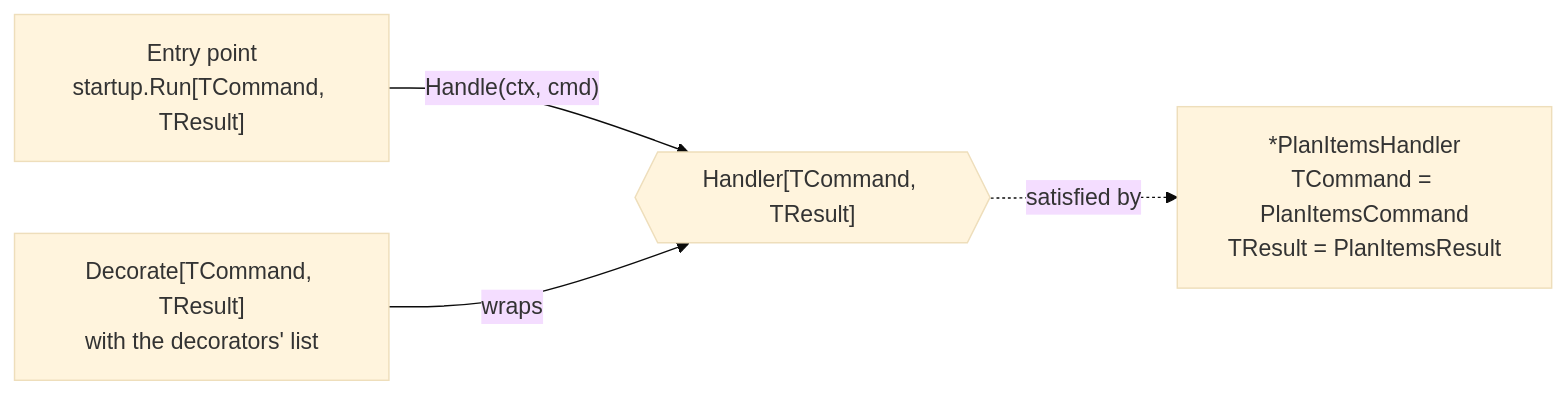
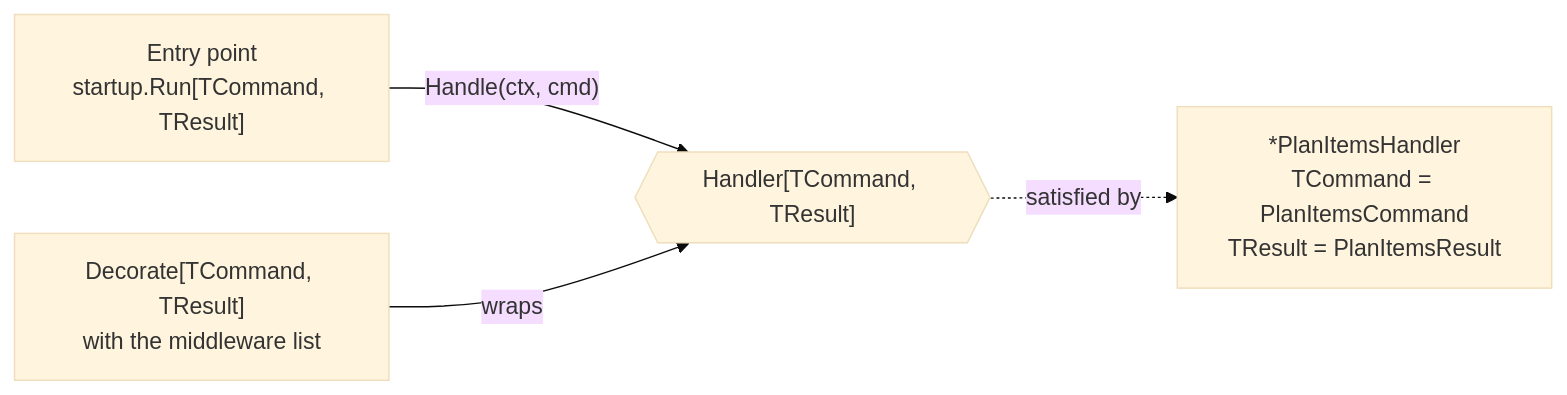
One commit to InsonusK/ai-skills changed the diagram in library/architecture/go/base-plateau-in-go.skill/glossary/handler-contract.md. Above: the diagram before and after it, drawn with Mermaid (base theme). The commit also changed other lines of this file and 16 other files, not shown here.

````diff
--- a/library/architecture/go/base-plateau-in-go.skill/glossary/handler-contract.md
+++ b/library/architecture/go/base-plateau-in-go.skill/glossary/handler-contract.md
@@ -25,6 +25,6 @@
 ```mermaid
 flowchart LR
     E["Entry point<br/>startup.Run[TCommand, TResult]"] -->|"Handle(ctx, cmd)"| H{{"Handler[TCommand, TResult]"}}
-    D["Decorate[TCommand, TResult]<br/>with the decorators' list"] -->|wraps| H
+    D["Decorate[TCommand, TResult]<br/>with the middleware list"] -->|wraps| H
     H -. satisfied by .-> P["*PlanItemsHandler<br/>TCommand = PlanItemsCommand<br/>TResult = PlanItemsResult"]
 ```
````
